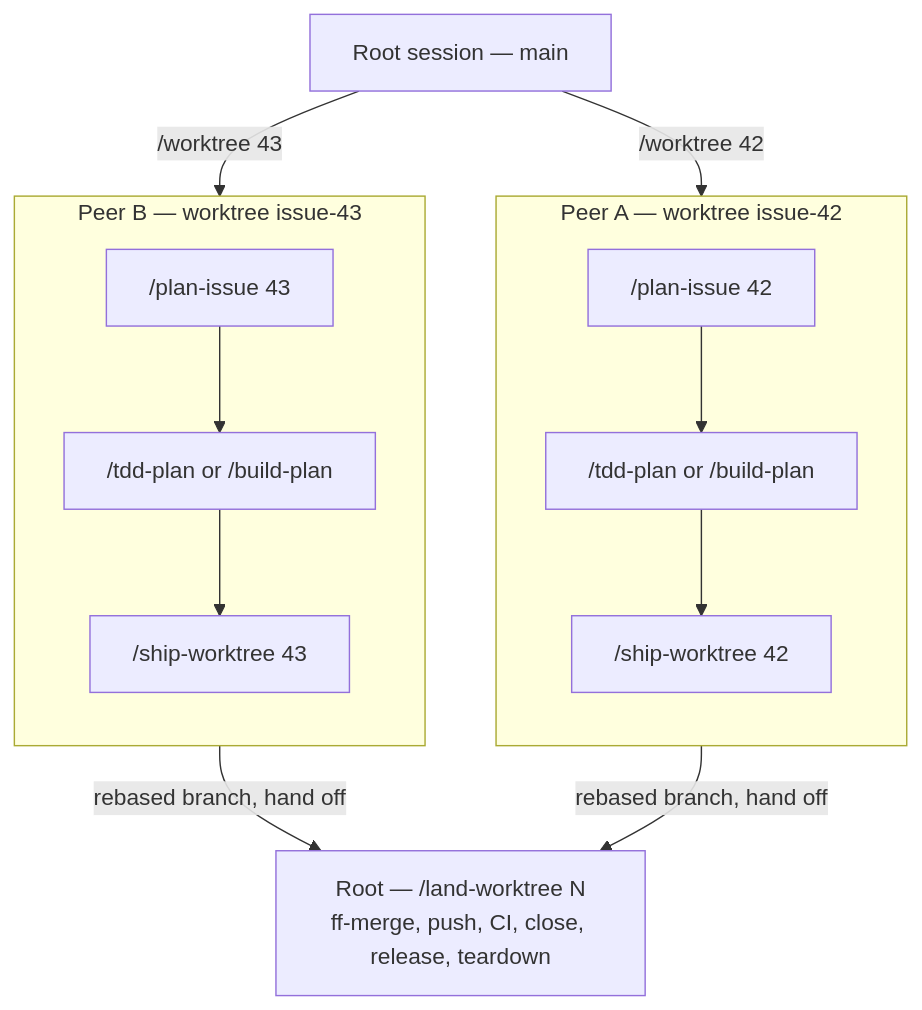
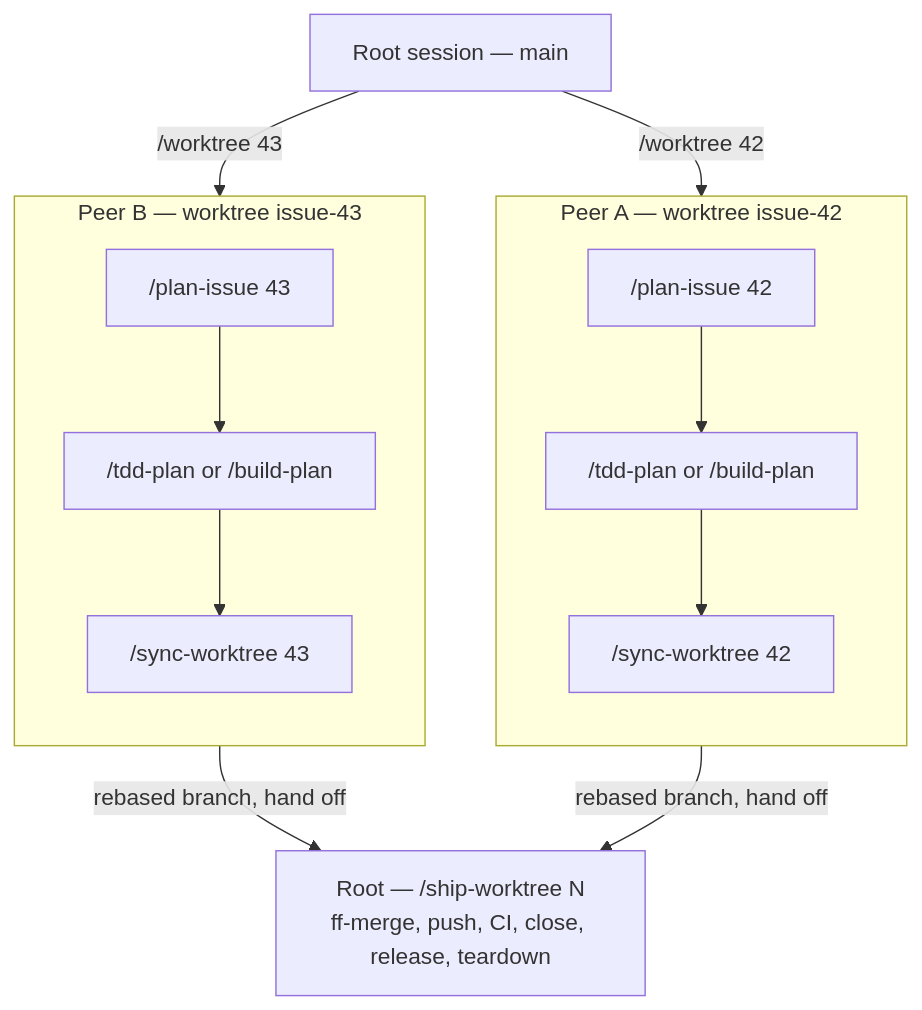
The second of 3 diagrams in README.md (gotgenes/pi-packages), drawn with Mermaid before and after one commit. The commit also changed other lines of this file and 1 other file, not shown here.

Commit message:
docs: update AGENTS.md and README for the worktree command rename (#843)

````diff
--- a/README.md
+++ b/README.md
@@ -155,20 +155,20 @@
 ```mermaid
 flowchart TB
     Root["Root session — main"]
 
     Root -->|"/worktree 42"| A1
     Root -->|"/worktree 43"| B1
 
     subgraph PeerA["Peer A — worktree issue-42"]
         direction TB
-        A1["/plan-issue 42"] --> A2["/tdd-plan or /build-plan"] --> A3["/ship-worktree 42"]
+        A1["/plan-issue 42"] --> A2["/tdd-plan or /build-plan"] --> A3["/sync-worktree 42"]
     end
 
     subgraph PeerB["Peer B — worktree issue-43"]
         direction TB
-        B1["/plan-issue 43"] --> B2["/tdd-plan or /build-plan"] --> B3["/ship-worktree 43"]
+        B1["/plan-issue 43"] --> B2["/tdd-plan or /build-plan"] --> B3["/sync-worktree 43"]
     end
 
-    A3 -->|"rebased branch, hand off"| Land["Root — /land-worktree N<br/>ff-merge, push, CI, close, release, teardown"]
-    B3 -->|"rebased branch, hand off"| Land
+    A3 -->|"rebased branch, hand off"| Ship["Root — /ship-worktree N<br/>ff-merge, push, CI, close, release, teardown"]
+    B3 -->|"rebased branch, hand off"| Ship
 ```
````
